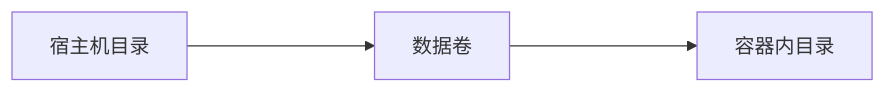
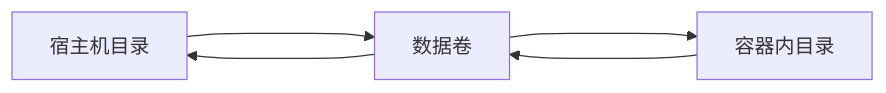
One commit to poppop9/obsidian changed the second of 2 diagrams in 计算机/Docker.md. Above: the diagram before and after it, drawn with Mermaid. The commit also changed other lines of this file and 4 other files, not shown here.

````diff
--- a/计算机/Docker.md
+++ b/计算机/Docker.md
@@ -242,5 +237,7 @@
 ```mermaid
 graph LR
 	a[宿主机目录]---->b[数据卷]
+	b-->a
 	b---->c[容器内目录]
+	c-->b
 ```
````
